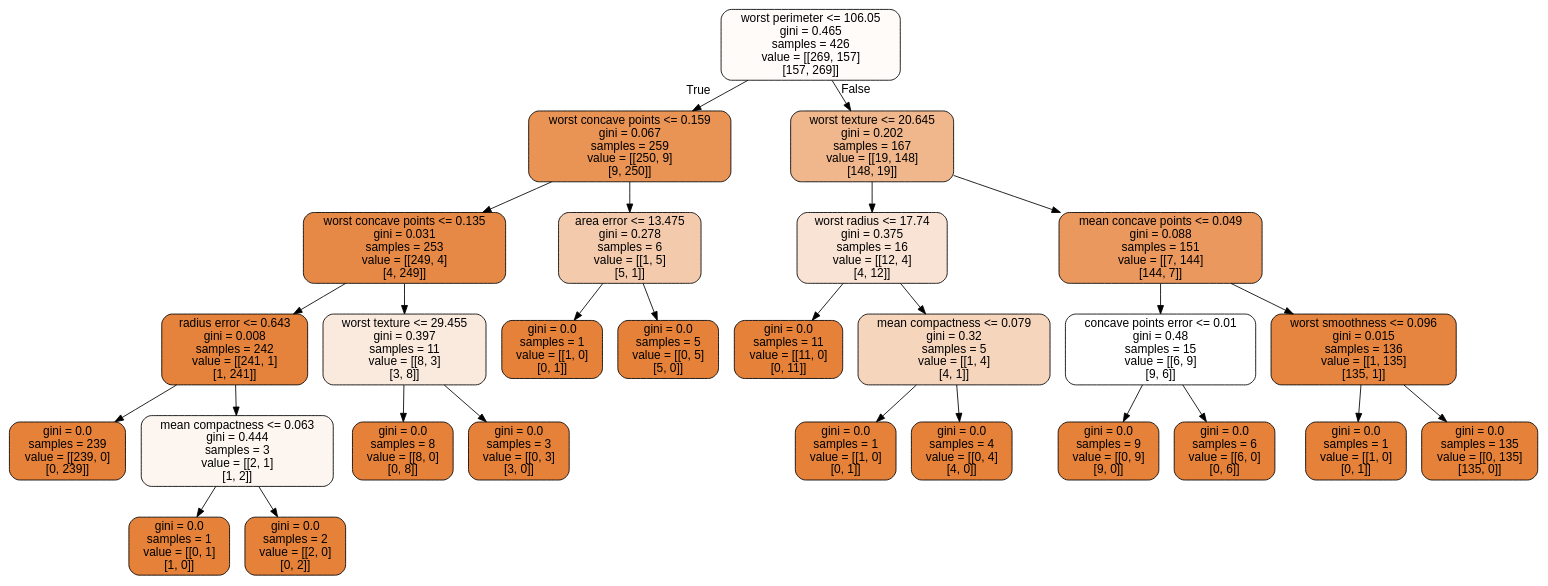
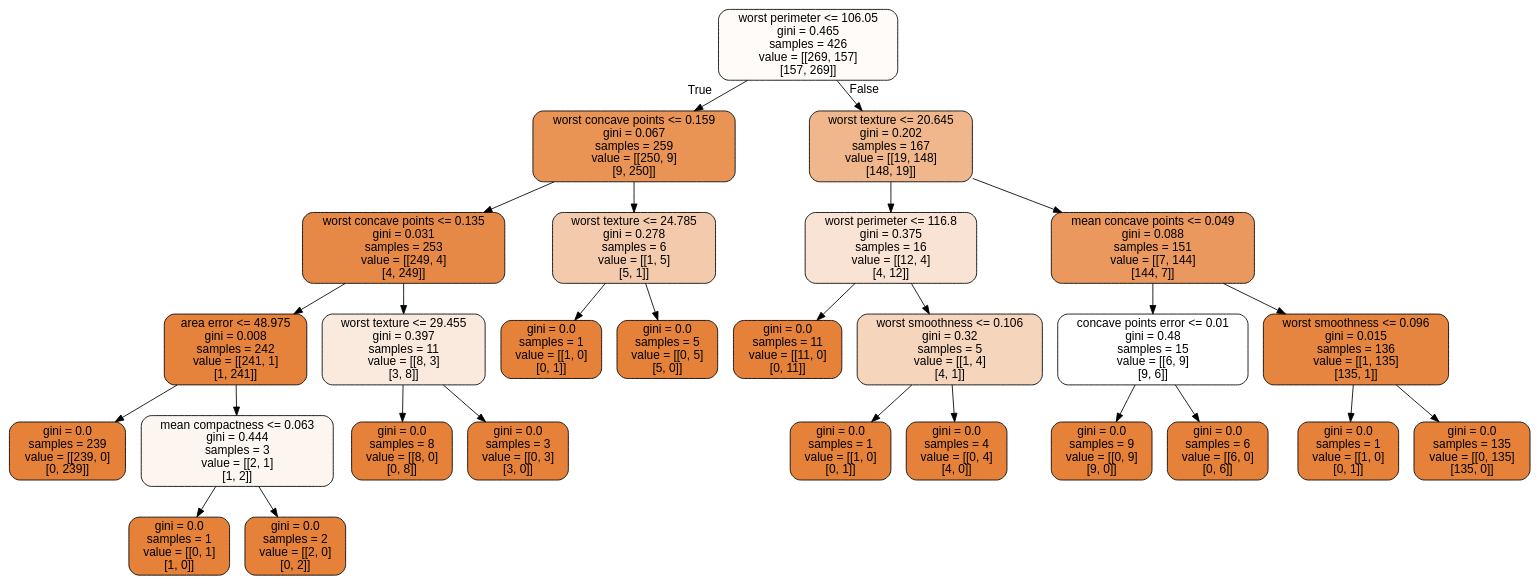
One commit to CompPhysics/MachineLearning changed the diagram in doc/LectureNotes/DataFiles/cancer.dot. Above: the diagram before and after it, drawn with Graphviz. The commit also changed 12 other files, not shown here.

```diff
--- a/doc/LectureNotes/DataFiles/cancer.dot
+++ b/doc/LectureNotes/DataFiles/cancer.dot
@@ -1,57 +1,57 @@
 digraph Tree {
 node [shape=box, style="filled, rounded", color="black", fontname="helvetica"] ;
 edge [fontname="helvetica"] ;
 0 [label="worst perimeter <= 106.05\ngini = 0.465\nsamples = 426\nvalue = [[269, 157]\n[157, 269]]", fillcolor="#fefbf9"] ;
 1 [label="worst concave points <= 0.159\ngini = 0.067\nsamples = 259\nvalue = [[250, 9]\n[9, 250]]", fillcolor="#e99355"] ;
 0 -> 1 [labeldistance=2.5, labelangle=45, headlabel="True"] ;
 2 [label="worst concave points <= 0.135\ngini = 0.031\nsamples = 253\nvalue = [[249, 4]\n[4, 249]]", fillcolor="#e78946"] ;
 1 -> 2 ;
-3 [label="radius error <= 0.643\ngini = 0.008\nsamples = 242\nvalue = [[241, 1]\n[1, 241]]", fillcolor="#e5833c"] ;
+3 [label="area error <= 48.975\ngini = 0.008\nsamples = 242\nvalue = [[241, 1]\n[1, 241]]", fillcolor="#e5833c"] ;
 2 -> 3 ;
 4 [label="gini = 0.0\nsamples = 239\nvalue = [[239, 0]\n[0, 239]]", fillcolor="#e58139"] ;
 3 -> 4 ;
 5 [label="mean compactness <= 0.063\ngini = 0.444\nsamples = 3\nvalue = [[2, 1]\n[1, 2]]", fillcolor="#fdf6f0"] ;
 3 -> 5 ;
 6 [label="gini = 0.0\nsamples = 1\nvalue = [[0, 1]\n[1, 0]]", fillcolor="#e58139"] ;
 5 -> 6 ;
 7 [label="gini = 0.0\nsamples = 2\nvalue = [[2, 0]\n[0, 2]]", fillcolor="#e58139"] ;
 5 -> 7 ;
 8 [label="worst texture <= 29.455\ngini = 0.397\nsamples = 11\nvalue = [[8, 3]\n[3, 8]]", fillcolor="#fae9dd"] ;
 2 -> 8 ;
 9 [label="gini = 0.0\nsamples = 8\nvalue = [[8, 0]\n[0, 8]]", fillcolor="#e58139"] ;
 8 -> 9 ;
 10 [label="gini = 0.0\nsamples = 3\nvalue = [[0, 3]\n[3, 0]]", fillcolor="#e58139"] ;
 8 -> 10 ;
-11 [label="area error <= 13.475\ngini = 0.278\nsamples = 6\nvalue = [[1, 5]\n[5, 1]]", fillcolor="#f4caac"] ;
+11 [label="worst texture <= 24.785\ngini = 0.278\nsamples = 6\nvalue = [[1, 5]\n[5, 1]]", fillcolor="#f4caac"] ;
 1 -> 11 ;
 12 [label="gini = 0.0\nsamples = 1\nvalue = [[1, 0]\n[0, 1]]", fillcolor="#e58139"] ;
 11 -> 12 ;
 13 [label="gini = 0.0\nsamples = 5\nvalue = [[0, 5]\n[5, 0]]", fillcolor="#e58139"] ;
 11 -> 13 ;
 14 [label="worst texture <= 20.645\ngini = 0.202\nsamples = 167\nvalue = [[19, 148]\n[148, 19]]", fillcolor="#f0b68c"] ;
 0 -> 14 [labeldistance=2.5, labelangle=-45, headlabel="False"] ;
-15 [label="worst radius <= 17.74\ngini = 0.375\nsamples = 16\nvalue = [[12, 4]\n[4, 12]]", fillcolor="#f9e3d4"] ;
+15 [label="worst perimeter <= 116.8\ngini = 0.375\nsamples = 16\nvalue = [[12, 4]\n[4, 12]]", fillcolor="#f9e3d4"] ;
 14 -> 15 ;
 16 [label="gini = 0.0\nsamples = 11\nvalue = [[11, 0]\n[0, 11]]", fillcolor="#e58139"] ;
 15 -> 16 ;
-17 [label="mean compactness <= 0.079\ngini = 0.32\nsamples = 5\nvalue = [[1, 4]\n[4, 1]]", fillcolor="#f6d5bd"] ;
+17 [label="worst smoothness <= 0.106\ngini = 0.32\nsamples = 5\nvalue = [[1, 4]\n[4, 1]]", fillcolor="#f6d5bd"] ;
 15 -> 17 ;
 18 [label="gini = 0.0\nsamples = 1\nvalue = [[1, 0]\n[0, 1]]", fillcolor="#e58139"] ;
 17 -> 18 ;
 19 [label="gini = 0.0\nsamples = 4\nvalue = [[0, 4]\n[4, 0]]", fillcolor="#e58139"] ;
 17 -> 19 ;
 20 [label="mean concave points <= 0.049\ngini = 0.088\nsamples = 151\nvalue = [[7, 144]\n[144, 7]]", fillcolor="#ea985d"] ;
 14 -> 20 ;
 21 [label="concave points error <= 0.01\ngini = 0.48\nsamples = 15\nvalue = [[6, 9]\n[9, 6]]", fillcolor="#ffffff"] ;
 20 -> 21 ;
 22 [label="gini = 0.0\nsamples = 9\nvalue = [[0, 9]\n[9, 0]]", fillcolor="#e58139"] ;
 21 -> 22 ;
 23 [label="gini = 0.0\nsamples = 6\nvalue = [[6, 0]\n[0, 6]]", fillcolor="#e58139"] ;
 21 -> 23 ;
 24 [label="worst smoothness <= 0.096\ngini = 0.015\nsamples = 136\nvalue = [[1, 135]\n[135, 1]]", fillcolor="#e6853f"] ;
 20 -> 24 ;
 25 [label="gini = 0.0\nsamples = 1\nvalue = [[1, 0]\n[0, 1]]", fillcolor="#e58139"] ;
 24 -> 25 ;
 26 [label="gini = 0.0\nsamples = 135\nvalue = [[0, 135]\n[135, 0]]", fillcolor="#e58139"] ;
 24 -> 26 ;
 }
```
